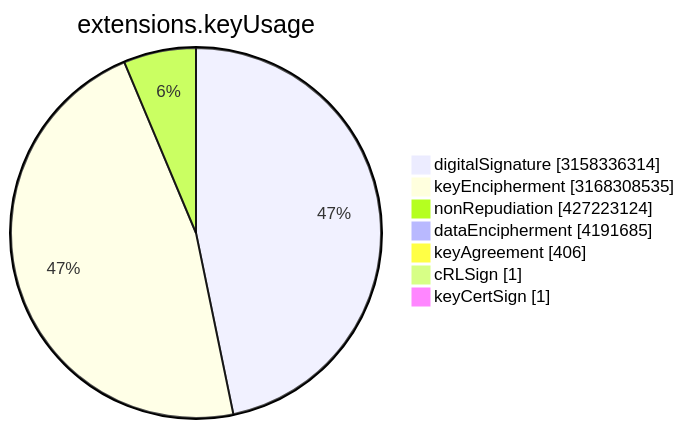
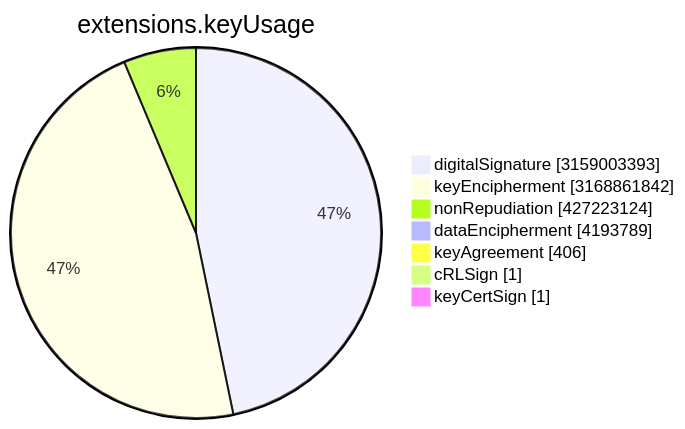
The sixth of 15 diagrams in TOTAL/README.md (christiankrug/ctmonitor_visualization), drawn with Mermaid before and after one commit. The commit also changed other lines of this file, not shown here.

````diff
--- a/TOTAL/README.md
+++ b/TOTAL/README.md
@@ -3077,11 +3077,11 @@
 ```mermaid
 pie showData
 title extensions.keyUsage
-"digitalSignature" :3158336314
-"keyEncipherment" :3168308535
+"digitalSignature" :3159003393
+"keyEncipherment" :3168861842
 "nonRepudiation" :427223124
-"dataEncipherment" :4191685
+"dataEncipherment" :4193789
 "keyAgreement" :406
 "cRLSign" :1
 "keyCertSign" :1
 ```
````
